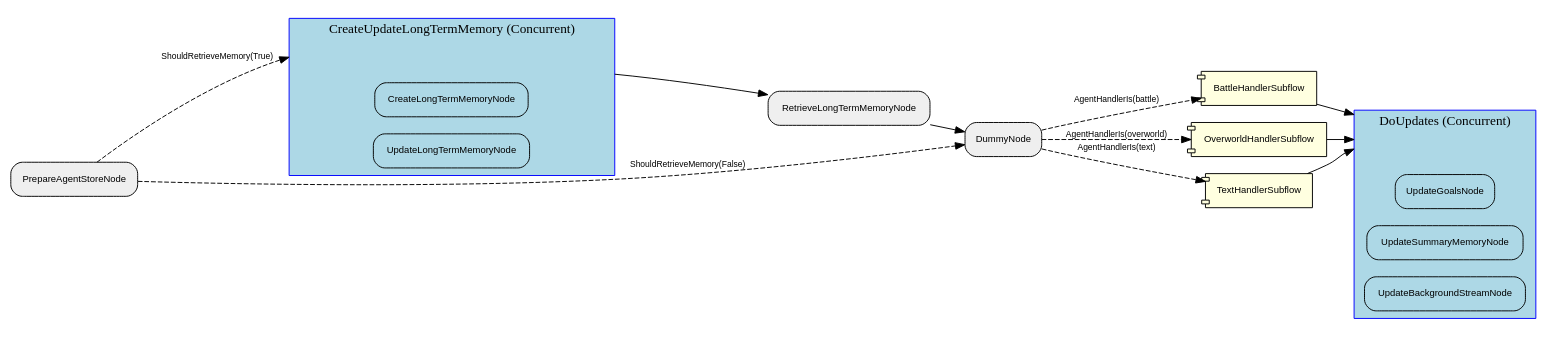
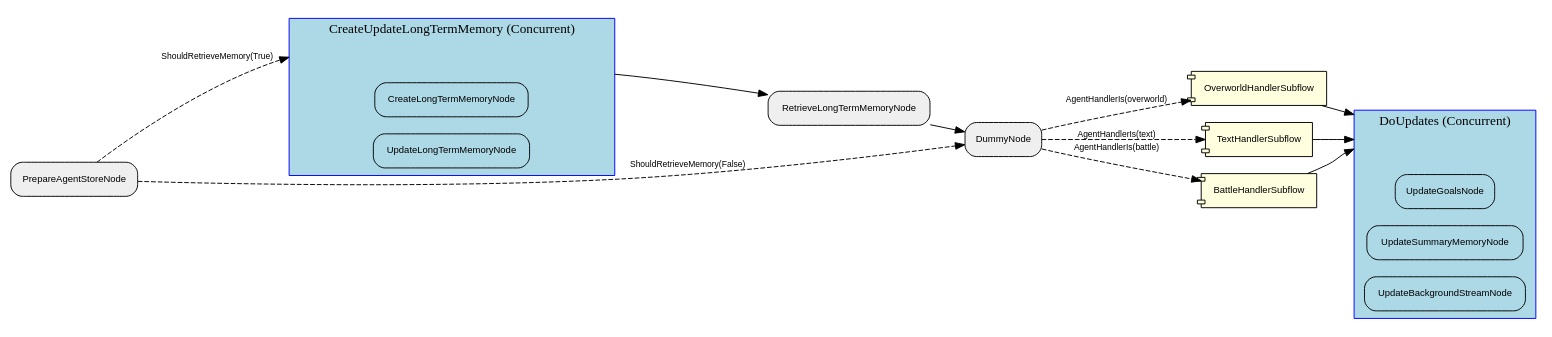
The diagram in visualization/agent_graph/Graph.dot (clambro/ai-plays-pokemon), drawn with Graphviz before and after one commit. The commit also changed 17 other files, not shown here.

Commit message:
Update graph

```diff
--- a/visualization/agent_graph/Graph.dot
+++ b/visualization/agent_graph/Graph.dot
@@ -1,46 +1,46 @@
 digraph "G" {
   rankdir=LR;
   compound=true;
   node [shape=box, style="rounded,filled", fillcolor="#EFEFEF", fontname="Helvetica", fontsize=10];
   edge [fontname="Helvetica", fontsize=9];
-  subgraph "cluster_KJrK4onyPbi4SnZy2JfD8" {
+  subgraph "cluster_iGlfoJLbZFqPctkp9kiqZ" {
     label="DoUpdates (Concurrent)";
     style="filled"; fillcolor="lightblue"; color="blue";
     node [fillcolor="lightblue", style="filled,rounded"];
-    "KJrK4onyPbi4SnZy2JfD8__entry" [label="", shape=point, width=0.01, style=invis];
-    "KJrK4onyPbi4SnZy2JfD8__exit"  [label="", shape=point, width=0.01, style=invis];
-    V2DcO0D45S9Hm4mLIsbej [label="UpdateGoalsNode"];
-    TtEZHFsxiSB5uAwiruHLR [label="UpdateSummaryMemoryNode"];
-    UHz4k6ykpJKYQUsXaj359 [label="UpdateBackgroundStreamNode"];
+    "iGlfoJLbZFqPctkp9kiqZ__entry" [label="", shape=point, width=0.01, style=invis];
+    "iGlfoJLbZFqPctkp9kiqZ__exit"  [label="", shape=point, width=0.01, style=invis];
+    t7jrsBEM9YnX54QUTXerh [label="UpdateGoalsNode"];
+    upScnka1MoCtqnHNkhgde [label="UpdateSummaryMemoryNode"];
+    rmCifudgRvGvBz3hMUQak [label="UpdateBackgroundStreamNode"];
   }
-  subgraph "cluster_nJYT4ImdVZ8cYNwdsShXa" {
+  subgraph "cluster_H5iqXvwL2C7CV9Npf6vYn" {
     label="CreateUpdateLongTermMemory (Concurrent)";
     style="filled"; fillcolor="lightblue"; color="blue";
     node [fillcolor="lightblue", style="filled,rounded"];
-    "nJYT4ImdVZ8cYNwdsShXa__entry" [label="", shape=point, width=0.01, style=invis];
-    "nJYT4ImdVZ8cYNwdsShXa__exit"  [label="", shape=point, width=0.01, style=invis];
-    LbEjOSYP5w8u4qs5iXCvG [label="CreateLongTermMemoryNode"];
-    tnVED0lVvZcmlXKIxIaaD [label="UpdateLongTermMemoryNode"];
+    "H5iqXvwL2C7CV9Npf6vYn__entry" [label="", shape=point, width=0.01, style=invis];
+    "H5iqXvwL2C7CV9Npf6vYn__exit"  [label="", shape=point, width=0.01, style=invis];
+    "3ndQj9yPy2ql8TdnqXPsP" [label="CreateLongTermMemoryNode"];
+    MzHFaoPbpyYwJq40gdRj7 [label="UpdateLongTermMemoryNode"];
   }
-  UHz4k6ykpJKYQUsXaj359 [label="UpdateBackgroundStreamNode"];
-  LbEjOSYP5w8u4qs5iXCvG [label="CreateLongTermMemoryNode"];
-  tnVED0lVvZcmlXKIxIaaD [label="UpdateLongTermMemoryNode"];
-  sLvE5hklHdvZKJbGzCMt1 [label="PrepareAgentStoreNode"];
-  r8fEJUOFChbjT1oJaQhpP [label="BattleHandlerSubflow", shape=component, style="filled,rounded", fillcolor="lightyellow"];
-  "0sCD6rNSY73o64RQPb5Su" [label="RetrieveLongTermMemoryNode"];
-  dWxdr0pT7NGwAloWrEExw [label="DummyNode"];
-  V2DcO0D45S9Hm4mLIsbej [label="UpdateGoalsNode"];
-  TtEZHFsxiSB5uAwiruHLR [label="UpdateSummaryMemoryNode"];
-  kKVYSAk8Ljg9hnzj1Q3ce [label="OverworldHandlerSubflow", shape=component, style="filled,rounded", fillcolor="lightyellow"];
-  jpk7acUuZ3k5trwDycvoP [label="TextHandlerSubflow", shape=component, style="filled,rounded", fillcolor="lightyellow"];
-  sLvE5hklHdvZKJbGzCMt1 -> nJYT4ImdVZ8cYNwdsShXa__entry [lhead="cluster_nJYT4ImdVZ8cYNwdsShXa", style="dashed", label="ShouldRetrieveMemory(True)"];
-  nJYT4ImdVZ8cYNwdsShXa__exit -> "0sCD6rNSY73o64RQPb5Su" [ltail="cluster_nJYT4ImdVZ8cYNwdsShXa", style="solid"];
-  sLvE5hklHdvZKJbGzCMt1 -> dWxdr0pT7NGwAloWrEExw [style="dashed", label="ShouldRetrieveMemory(False)"];
-  "0sCD6rNSY73o64RQPb5Su" -> dWxdr0pT7NGwAloWrEExw [style="solid"];
-  dWxdr0pT7NGwAloWrEExw -> kKVYSAk8Ljg9hnzj1Q3ce [style="dashed", label="AgentHandlerIs(overworld)"];
-  dWxdr0pT7NGwAloWrEExw -> r8fEJUOFChbjT1oJaQhpP [style="dashed", label="AgentHandlerIs(battle)"];
-  dWxdr0pT7NGwAloWrEExw -> jpk7acUuZ3k5trwDycvoP [style="dashed", label="AgentHandlerIs(text)"];
-  jpk7acUuZ3k5trwDycvoP -> KJrK4onyPbi4SnZy2JfD8__entry [lhead="cluster_KJrK4onyPbi4SnZy2JfD8", style="solid"];
-  r8fEJUOFChbjT1oJaQhpP -> KJrK4onyPbi4SnZy2JfD8__entry [lhead="cluster_KJrK4onyPbi4SnZy2JfD8", style="solid"];
-  kKVYSAk8Ljg9hnzj1Q3ce -> KJrK4onyPbi4SnZy2JfD8__entry [lhead="cluster_KJrK4onyPbi4SnZy2JfD8", style="solid"];
+  QgU5zskPqHnxjz0nN1Alx [label="RetrieveLongTermMemoryNode"];
+  ZEpxKKX6bRtWfcpgXCSAZ [label="OverworldHandlerSubflow", shape=component, style="filled,rounded", fillcolor="lightyellow"];
+  Ww2KUh6JCG609itxqAcjk [label="TextHandlerSubflow", shape=component, style="filled,rounded", fillcolor="lightyellow"];
+  upScnka1MoCtqnHNkhgde [label="UpdateSummaryMemoryNode"];
+  rmCifudgRvGvBz3hMUQak [label="UpdateBackgroundStreamNode"];
+  MzHFaoPbpyYwJq40gdRj7 [label="UpdateLongTermMemoryNode"];
+  BBnvasJiqRCne8ZoPhjLz [label="DummyNode"];
+  vfnnUVCyxeeJk6U8Mijx3 [label="PrepareAgentStoreNode"];
+  t7jrsBEM9YnX54QUTXerh [label="UpdateGoalsNode"];
+  zDTvm5ngKw0yrk7YU3MwU [label="BattleHandlerSubflow", shape=component, style="filled,rounded", fillcolor="lightyellow"];
+  "3ndQj9yPy2ql8TdnqXPsP" [label="CreateLongTermMemoryNode"];
+  vfnnUVCyxeeJk6U8Mijx3 -> H5iqXvwL2C7CV9Npf6vYn__entry [lhead="cluster_H5iqXvwL2C7CV9Npf6vYn", style="dashed", label="ShouldRetrieveMemory(True)"];
+  H5iqXvwL2C7CV9Npf6vYn__exit -> QgU5zskPqHnxjz0nN1Alx [ltail="cluster_H5iqXvwL2C7CV9Npf6vYn", style="solid"];
+  vfnnUVCyxeeJk6U8Mijx3 -> BBnvasJiqRCne8ZoPhjLz [style="dashed", label="ShouldRetrieveMemory(False)"];
+  QgU5zskPqHnxjz0nN1Alx -> BBnvasJiqRCne8ZoPhjLz [style="solid"];
+  BBnvasJiqRCne8ZoPhjLz -> ZEpxKKX6bRtWfcpgXCSAZ [style="dashed", label="AgentHandlerIs(overworld)"];
+  BBnvasJiqRCne8ZoPhjLz -> zDTvm5ngKw0yrk7YU3MwU [style="dashed", label="AgentHandlerIs(battle)"];
+  BBnvasJiqRCne8ZoPhjLz -> Ww2KUh6JCG609itxqAcjk [style="dashed", label="AgentHandlerIs(text)"];
+  Ww2KUh6JCG609itxqAcjk -> iGlfoJLbZFqPctkp9kiqZ__entry [lhead="cluster_iGlfoJLbZFqPctkp9kiqZ", style="solid"];
+  zDTvm5ngKw0yrk7YU3MwU -> iGlfoJLbZFqPctkp9kiqZ__entry [lhead="cluster_iGlfoJLbZFqPctkp9kiqZ", style="solid"];
+  ZEpxKKX6bRtWfcpgXCSAZ -> iGlfoJLbZFqPctkp9kiqZ__entry [lhead="cluster_iGlfoJLbZFqPctkp9kiqZ", style="solid"];
 }
```
